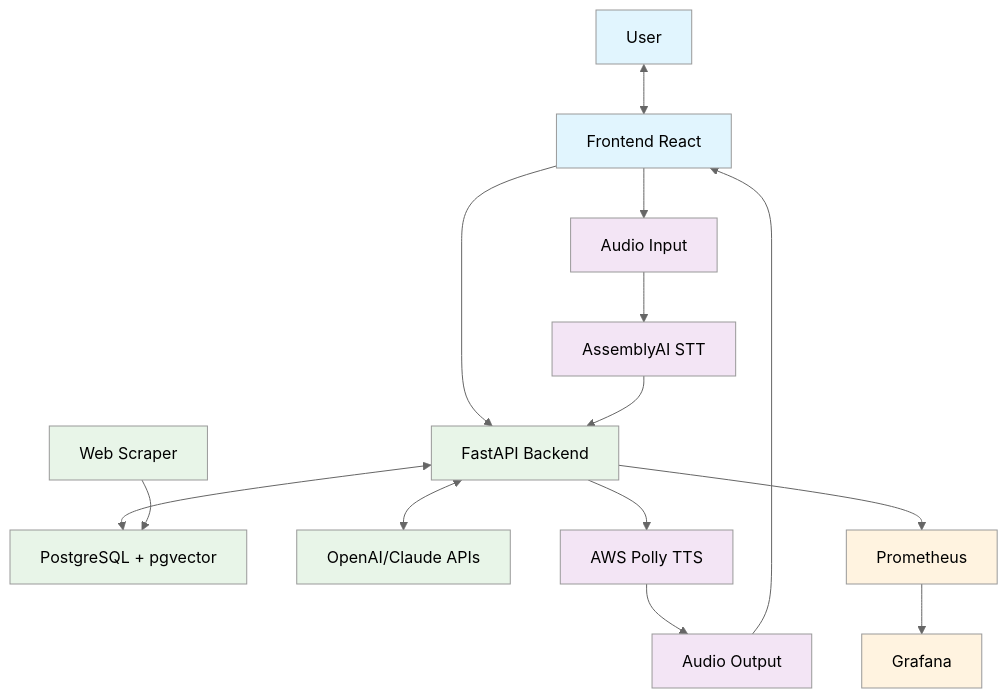
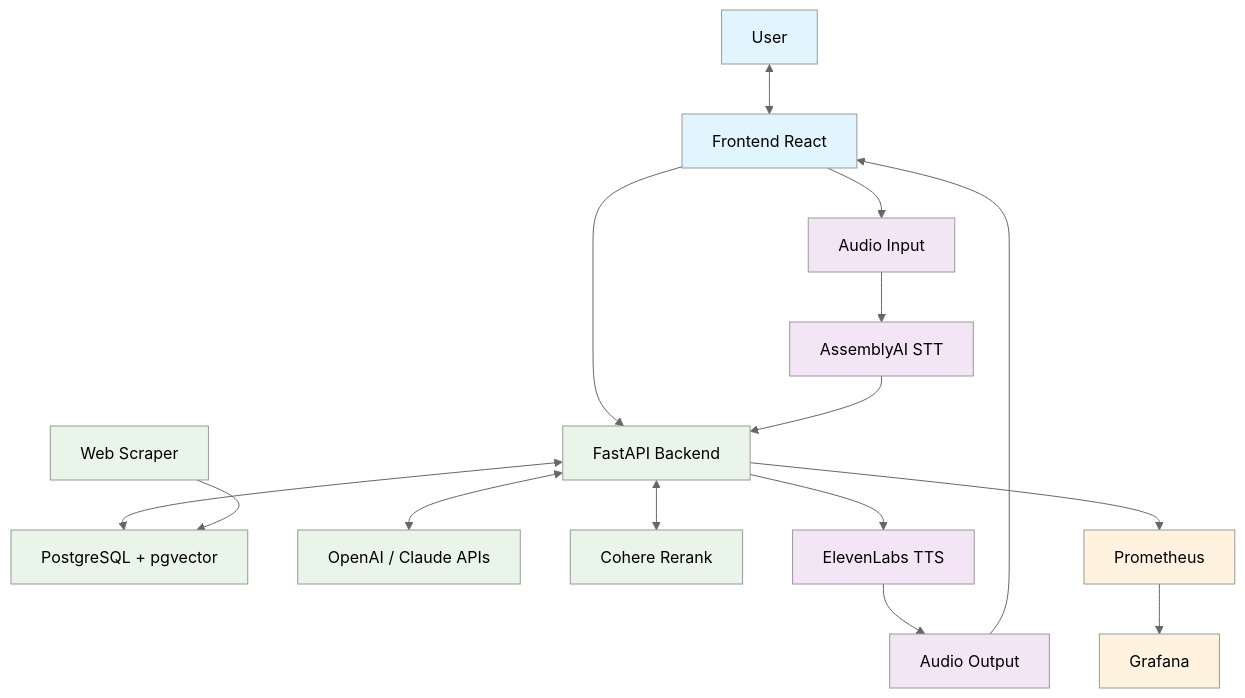
The diagram in README.md (KadirGokdeniz/global_gate), drawn with Mermaid (neutral theme) before and after one commit. The commit also changed other lines of this file, not shown here.

````diff
--- a/README.md
+++ b/README.md
@@ -27,30 +45,31 @@
 ```mermaid
 graph TD
     A[User] <--> B[Frontend React]
     B --> C[FastAPI Backend]
-    
+
     B --> I[Audio Input]
     I --> J[AssemblyAI STT]
     J --> C
-    
+
     C <--> D[PostgreSQL + pgvector]
     E[Web Scraper] --> D
-    C <--> F[OpenAI/Claude APIs]
-    
-    C --> K[AWS Polly TTS]
+    C <--> F[OpenAI / Claude APIs]
+    C <--> M[Cohere Rerank]
+
+    C --> K[ElevenLabs TTS]
     K --> L[Audio Output]
     L --> B
-    
+
     G[Prometheus] --> H[Grafana]
     C --> G
-    
+
     classDef userPath fill:#e1f5fe
     classDef audioPath fill:#f3e5f5
     classDef backend fill:#e8f5e8
     classDef monitoring fill:#fff3e0
-    
+
     class A,B userPath
     class I,J,K,L audioPath
-    class C,D,E,F backend
+    class C,D,E,F,M backend
     class G,H monitoring
 ```
````
